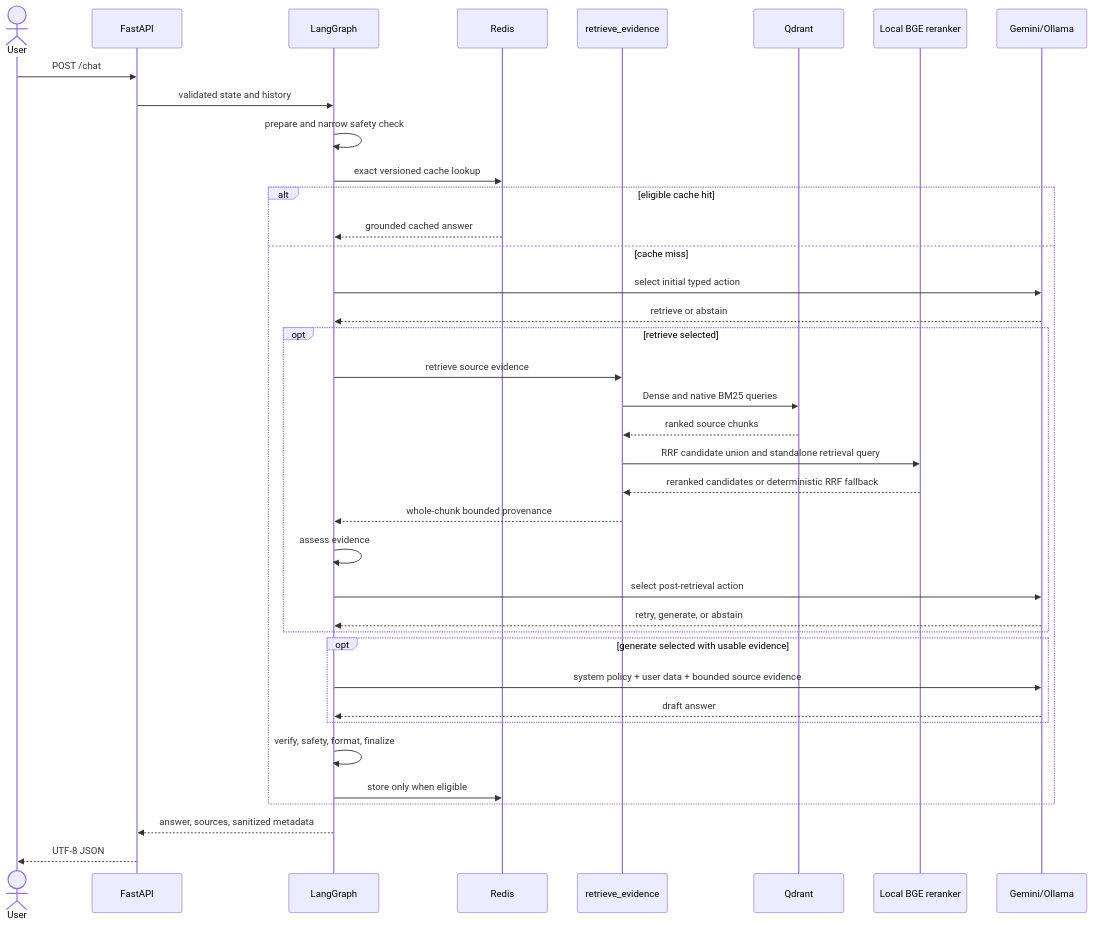
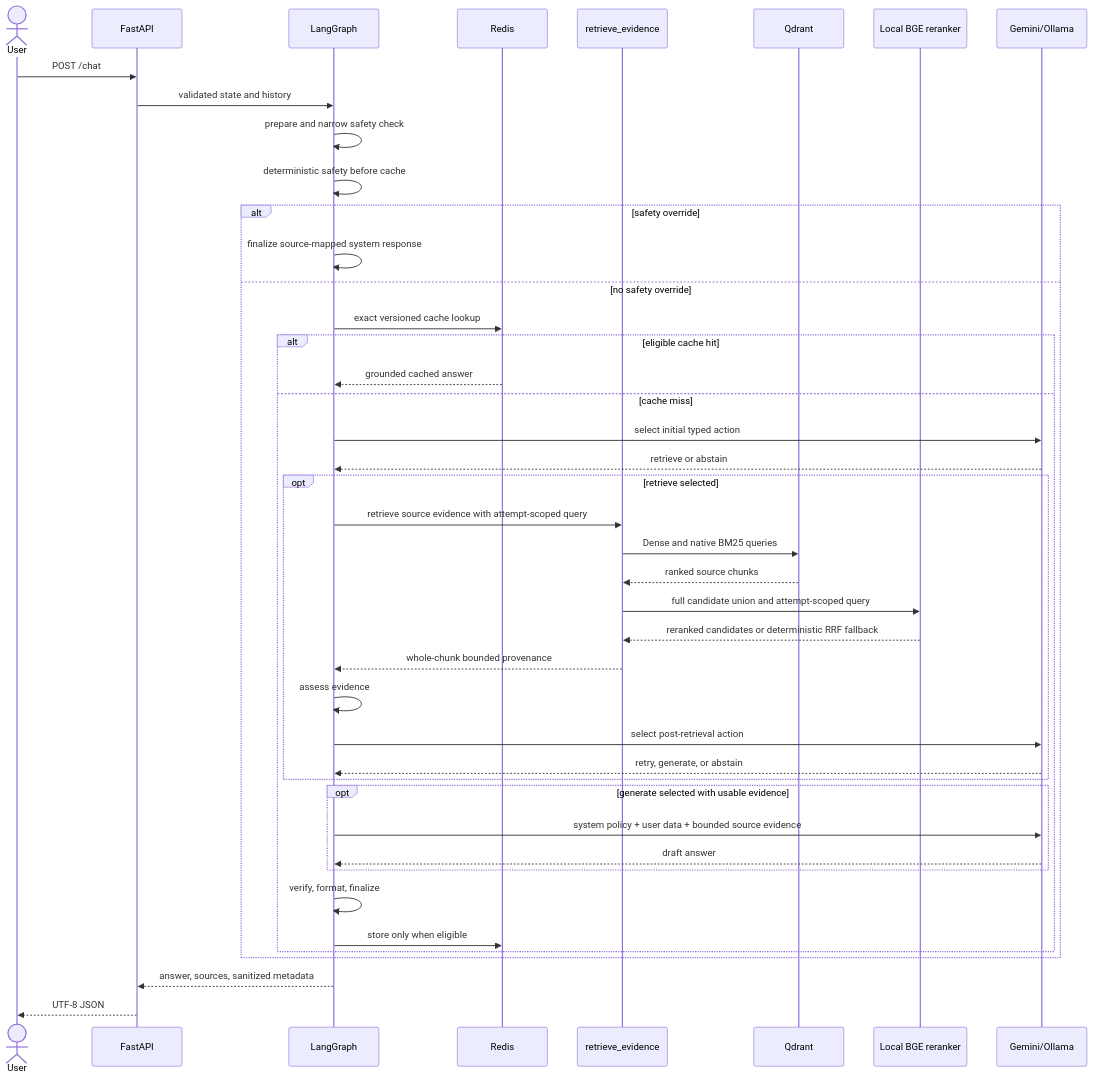
The diagram in docs/AGENT_WORKFLOW.md (MinhHoang1403/Acne_Advisor_AI), drawn with Mermaid before and after one commit. The commit also changed other lines of this file and 2 other files, not shown here.

Commit message:
docs: finalize runtime architecture contracts

````diff
--- a/docs/AGENT_WORKFLOW.md
+++ b/docs/AGENT_WORKFLOW.md
@@ -44,41 +44,46 @@
 ```mermaid
 sequenceDiagram
     actor User
     participant API as FastAPI
     participant Agent as LangGraph
     participant Cache as Redis
     participant Tool as retrieve_evidence
     participant Qdrant
     participant Reranker as Local BGE reranker
     participant LLM as Gemini/Ollama
 
     User->>API: POST /chat
     API->>Agent: validated state and history
     Agent->>Agent: prepare and narrow safety check
-    Agent->>Cache: exact versioned cache lookup
-    alt eligible cache hit
-        Cache-->>Agent: grounded cached answer
-    else cache miss
-        Agent->>LLM: select initial typed action
-        LLM-->>Agent: retrieve or abstain
-        opt retrieve selected
-            Agent->>Tool: retrieve source evidence
-            Tool->>Qdrant: Dense and native BM25 queries
-            Qdrant-->>Tool: ranked source chunks
-            Tool->>Reranker: RRF candidate union and standalone retrieval query
-            Reranker-->>Tool: reranked candidates or deterministic RRF fallback
-            Tool-->>Agent: whole-chunk bounded provenance
-            Agent->>Agent: assess evidence
-            Agent->>LLM: select post-retrieval action
-            LLM-->>Agent: retry, generate, or abstain
+    Agent->>Agent: deterministic safety before cache
+    alt safety override
+        Agent->>Agent: finalize source-mapped system response
+    else no safety override
+        Agent->>Cache: exact versioned cache lookup
+        alt eligible cache hit
+            Cache-->>Agent: grounded cached answer
+        else cache miss
+            Agent->>LLM: select initial typed action
+            LLM-->>Agent: retrieve or abstain
+            opt retrieve selected
+                Agent->>Tool: retrieve source evidence with attempt-scoped query
+                Tool->>Qdrant: Dense and native BM25 queries
+                Qdrant-->>Tool: ranked source chunks
+                Tool->>Reranker: full candidate union and attempt-scoped query
+                Reranker-->>Tool: reranked candidates or deterministic RRF fallback
+                Tool-->>Agent: whole-chunk bounded provenance
+                Agent->>Agent: assess evidence
+                Agent->>LLM: select post-retrieval action
+                LLM-->>Agent: retry, generate, or abstain
+            end
+            opt generate selected with usable evidence
+                Agent->>LLM: system policy + user data + bounded source evidence
+                LLM-->>Agent: draft answer
+            end
+            Agent->>Agent: verify, format, finalize
+            Agent->>Cache: store only when eligible
         end
-        opt generate selected with usable evidence
-            Agent->>LLM: system policy + user data + bounded source evidence
-            LLM-->>Agent: draft answer
-        end
-        Agent->>Agent: verify, safety, format, finalize
-        Agent->>Cache: store only when eligible
     end
     Agent-->>API: answer, sources, sanitized metadata
     API-->>User: UTF-8 JSON
 ```
````
